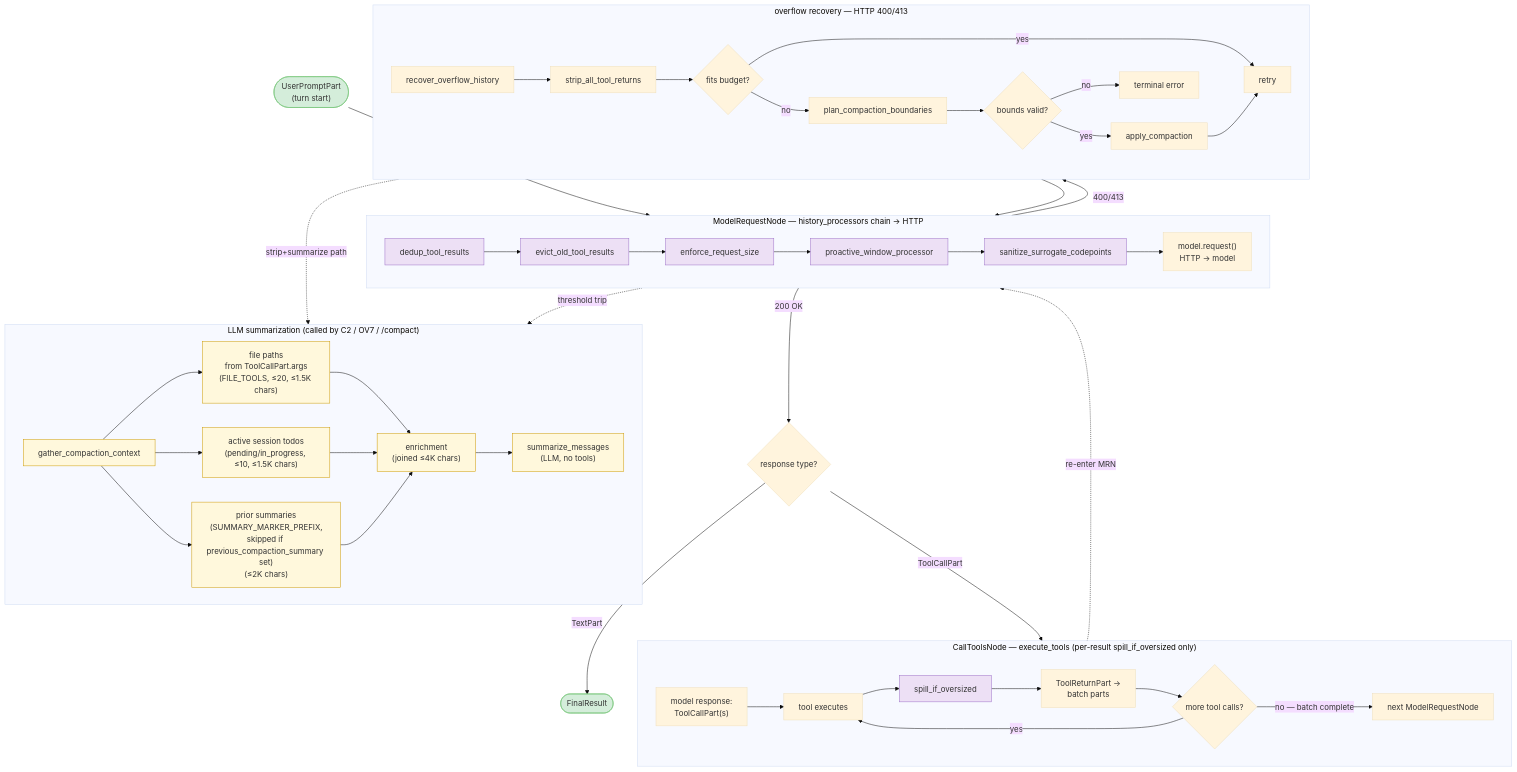
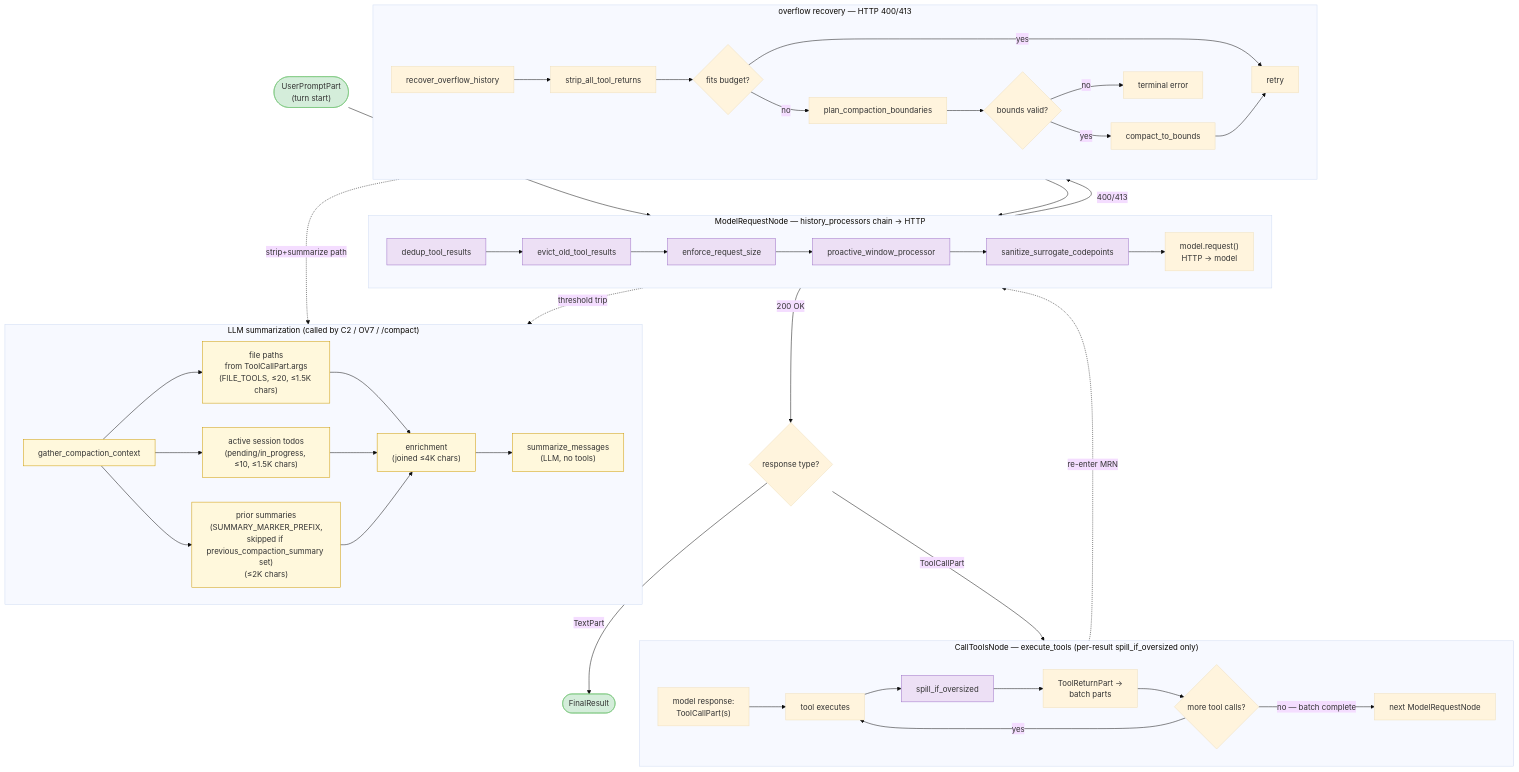
One commit to binlecode/co-cli changed the diagram in docs/specs/compaction.md. Above: the diagram before and after it, drawn with Mermaid (base theme). The commit also changed other lines of this file and 6 other files, not shown here.

First line of the commit message:
refactor(compaction): split apply_compaction into 2+1 atomic shape

````diff
--- a/docs/specs/compaction.md
+++ b/docs/specs/compaction.md
@@ -83,57 +83,57 @@
 ```mermaid
 flowchart TD
     UPN(["UserPromptPart\n(turn start)"])
     FINAL(["FinalResult"])
     RTYPE{"response type?"}
 
     subgraph MRN["ModelRequestNode — history_processors chain → HTTP"]
         direction LR
         C0["dedup_tool_results"] --> C1["evict_old_tool_results"] --> CE["enforce_request_size"] --> C2["proactive_window_processor"] --> C3["sanitize_surrogate_codepoints"] --> HTTP["model.request()\nHTTP → model"]
     end
 
     subgraph CTN["CallToolsNode — execute_tools (per-result spill_if_oversized only)"]
         direction LR
         TCALL["model response:\nToolCallPart(s)"] --> EXEC["tool executes"] --> M1["spill_if_oversized"] --> HIST["ToolReturnPart →\nbatch parts"] --> MORE{"more tool calls?"}
         MORE -->|yes| EXEC
         MORE -->|"no — batch complete"| NEXT["next ModelRequestNode"]
     end
 
     subgraph OVF["overflow recovery — HTTP 400/413"]
         direction LR
         OV1["recover_overflow_history"] --> OV2["strip_all_tool_returns"]
         OV2 --> OV3{"fits budget?"}
         OV3 -->|yes| OV4["retry"]
         OV3 -->|no| OV5["plan_compaction_boundaries"] --> OV6{"bounds valid?"}
-        OV6 -->|yes| OV7["apply_compaction"] --> OV4
+        OV6 -->|yes| OV7["compact_to_bounds"] --> OV4
         OV6 -->|no| OV8["terminal error"]
     end
 
     subgraph SUM["LLM summarization (called by C2 / OV7 / /compact)"]
         direction LR
         GC["gather_compaction_context"]
         GC --> GC1["file paths\nfrom ToolCallPart.args\n(FILE_TOOLS, ≤20, ≤1.5K chars)"]
         GC --> GC2["active session todos\n(pending/in_progress, ≤10, ≤1.5K chars)"]
         GC --> GC3["prior summaries\n(SUMMARY_MARKER_PREFIX,\nskipped if previous_compaction_summary set)\n(≤2K chars)"]
         GC1 --> ENR["enrichment\n(joined ≤4K chars)"]
         GC2 --> ENR
         GC3 --> ENR
         ENR --> SUMM["summarize_messages\n(LLM, no tools)"]
     end
 
     UPN --> C0
     HTTP -->|"200 OK"| RTYPE
     HTTP -->|"400/413"| OV1
     OV3 --> C0
     RTYPE -->|ToolCallPart| TCALL
     RTYPE -->|TextPart| FINAL
     NEXT -.->|"re-enter MRN"| C0
     C2 -.->|"threshold trip"| GC
     OV7 -.->|"strip+summarize path"| GC
 
     classDef hook fill:#ede0f5,stroke:#9c6fc7
     classDef term fill:#d4edda,stroke:#74c476
     classDef enr fill:#fff8dc,stroke:#cc9900
     class C0,C1,CE,C2,C3,M1 hook
     class UPN,FINAL term
     class GC,GC1,GC2,GC3,ENR,SUMM enr
 ```
````
